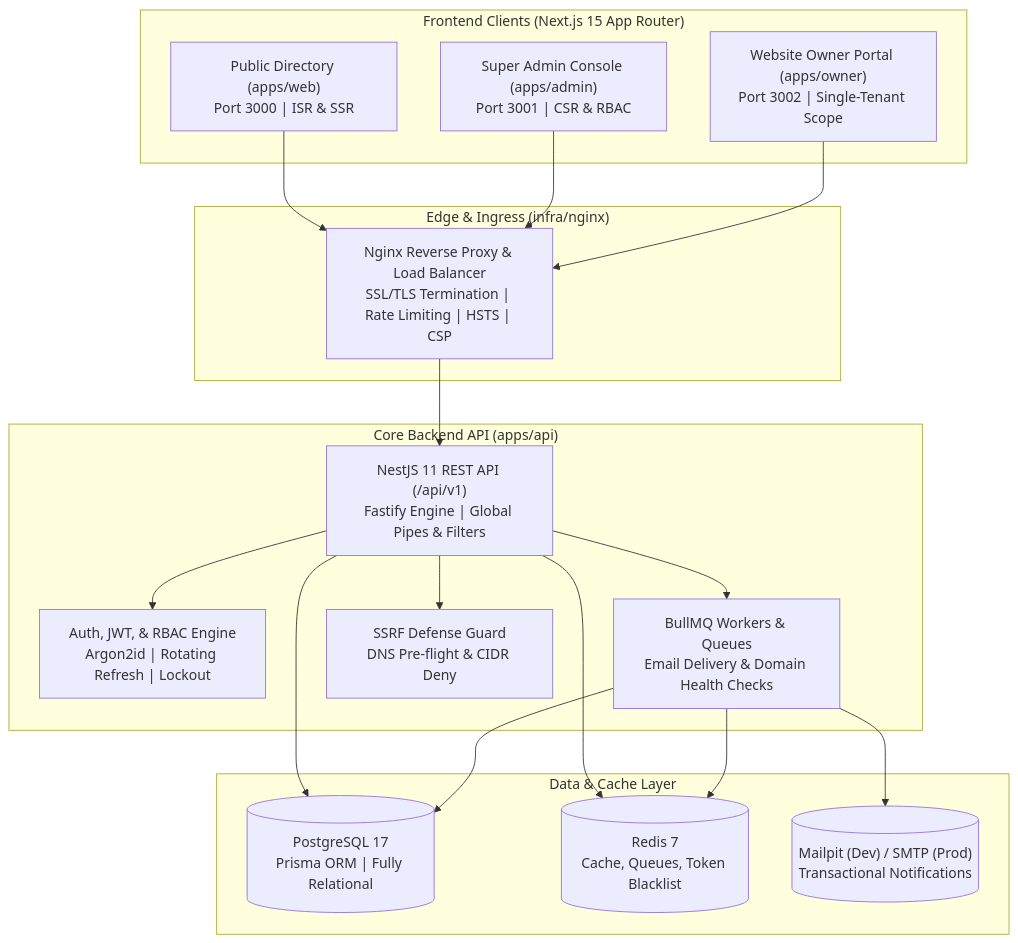
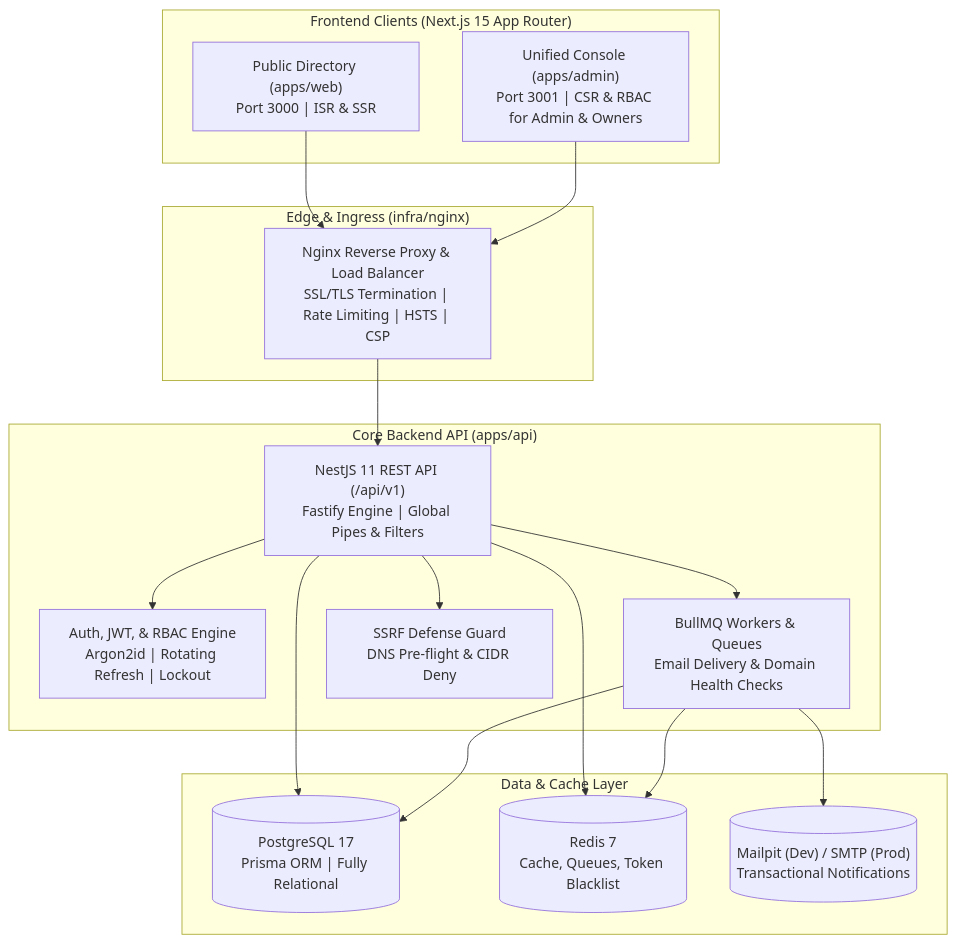
One commit to toshakparmar/findfunlinks changed the first of 3 diagrams in docs/ARCHITECTURE.md. Above: the diagram before and after it, drawn with Mermaid. The commit also changed other lines of this file and 352 other files, not shown here.

````diff
--- a/docs/ARCHITECTURE.md
+++ b/docs/ARCHITECTURE.md
@@ -30,39 +29,37 @@
 ```mermaid
 flowchart TD
     subgraph Clients["Frontend Clients (Next.js 15 App Router)"]
         WEB["Public Directory (apps/web)<br/>Port 3000 | ISR & SSR"]
-        ADMIN["Super Admin Console (apps/admin)<br/>Port 3001 | CSR & RBAC"]
-        OWNER["Website Owner Portal (apps/owner)<br/>Port 3002 | Single-Tenant Scope"]
+        ADMIN["Unified Console (apps/admin)<br/>Port 3001 | CSR & RBAC for Admin & Owners"]
     end
 
     subgraph Edge["Edge & Ingress (infra/nginx)"]
         NGINX["Nginx Reverse Proxy & Load Balancer<br/>SSL/TLS Termination | Rate Limiting | HSTS | CSP"]
     end
 
     subgraph Backend["Core Backend API (apps/api)"]
         NEST["NestJS 11 REST API (/api/v1)<br/>Fastify Engine | Global Pipes & Filters"]
         AUTH_M["Auth, JWT, & RBAC Engine<br/>Argon2id | Rotating Refresh | Lockout"]
         QUEUE["BullMQ Workers & Queues<br/>Email Delivery & Domain Health Checks"]
         SSRF["SSRF Defense Guard<br/>DNS Pre-flight & CIDR Deny"]
     end
 
     subgraph Storage["Data & Cache Layer"]
         PG[("PostgreSQL 17<br/>Prisma ORM | Fully Relational")]
         REDIS[("Redis 7<br/>Cache, Queues, Token Blacklist")]
         MAIL[("Mailpit (Dev) / SMTP (Prod)<br/>Transactional Notifications")]
     end
 
     WEB --> NGINX
     ADMIN --> NGINX
-    OWNER --> NGINX
     NGINX --> NEST
 
     NEST --> AUTH_M
     NEST --> SSRF
     NEST --> QUEUE
     NEST --> PG
     NEST --> REDIS
     QUEUE --> REDIS
     QUEUE --> MAIL
     QUEUE --> PG
 ```
````
